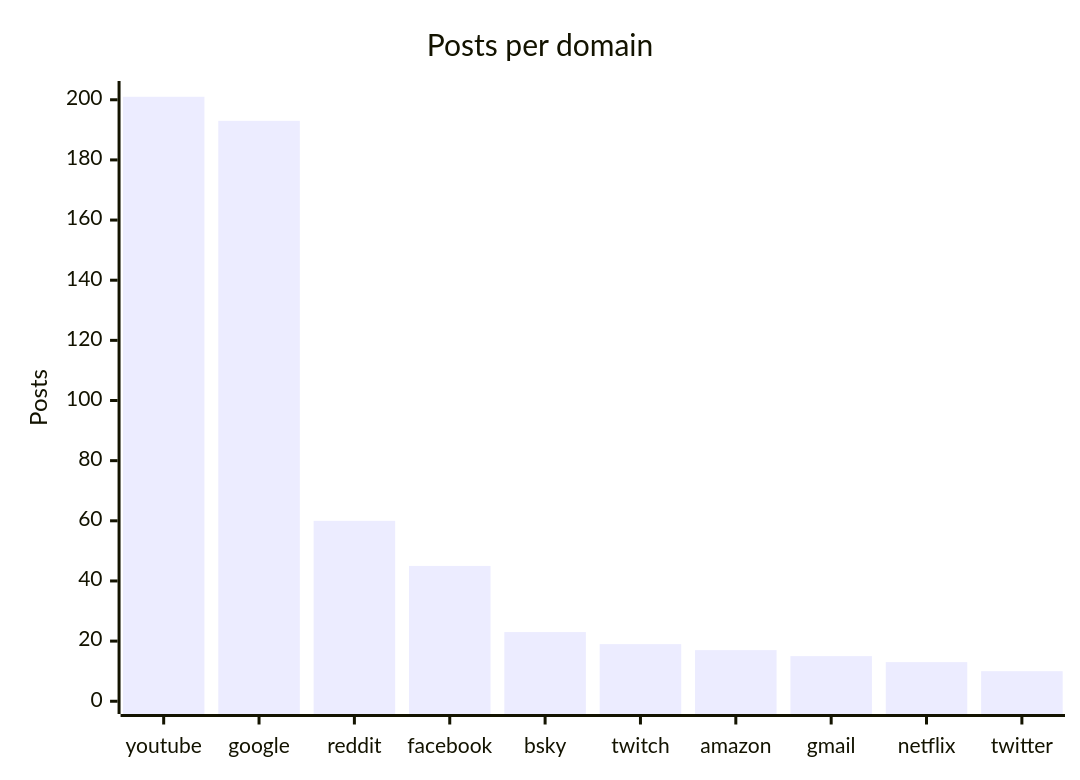
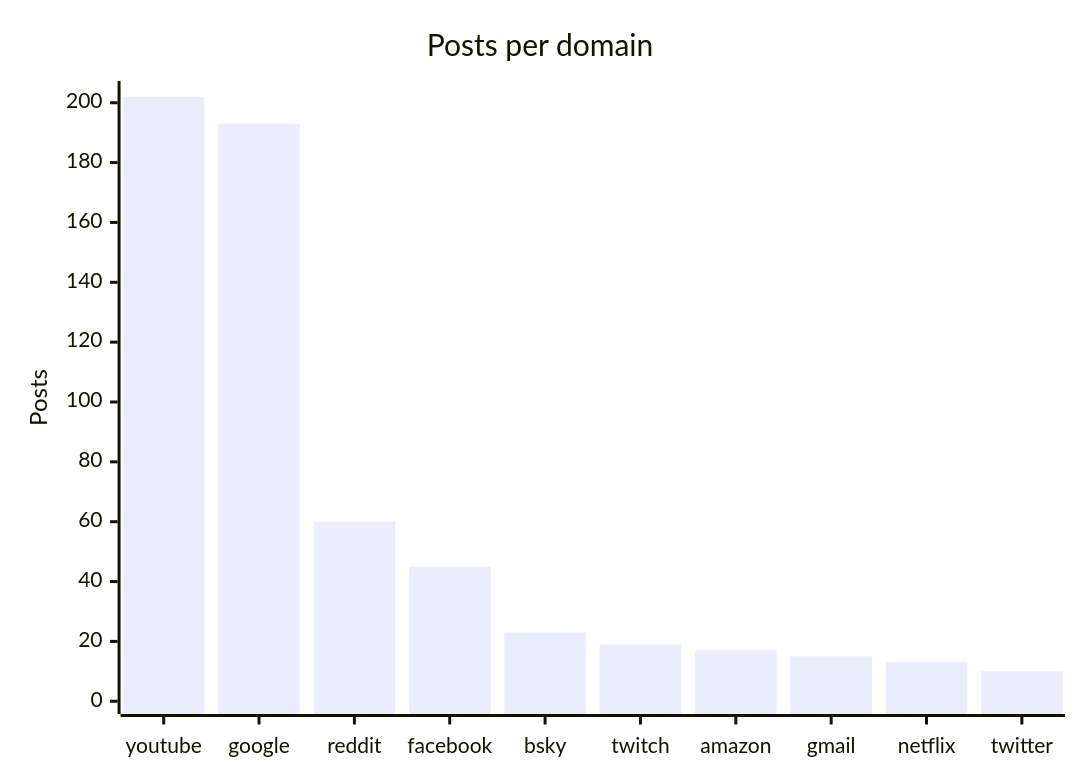
Before and after one commit to martinbalfanz/social-scanner-reports: the fourth of 4 diagrams in README.md, drawn with Mermaid. The commit also changed other lines of this file and 4 other files, not shown here.

````diff
--- a/README.md
+++ b/README.md
@@ -58,7 +58,7 @@
 ```mermaid
 xychart-beta
     title "Posts per domain"
     x-axis ["youtube", "google", "reddit", "facebook", "bsky", "twitch", "amazon", "gmail", "netflix", "twitter"]
-    y-axis "Posts" 0 --> 202
-    bar [201, 193, 60, 45, 23, 19, 17, 15, 13, 10]
+    y-axis "Posts" 0 --> 203
+    bar [202, 193, 60, 45, 23, 19, 17, 15, 13, 10]
 ```
````
